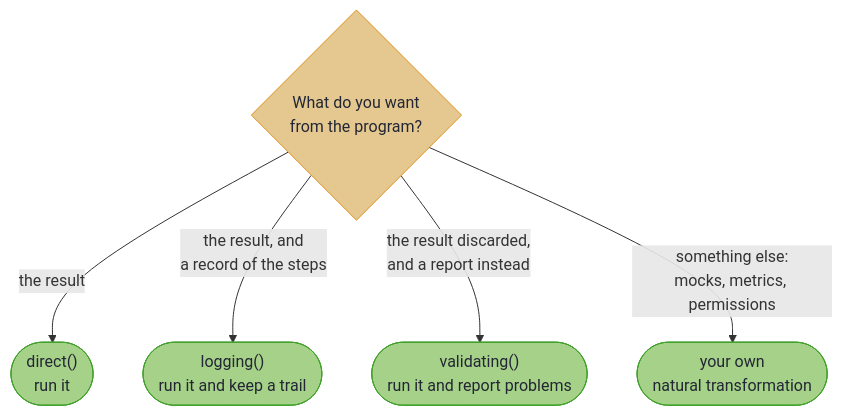
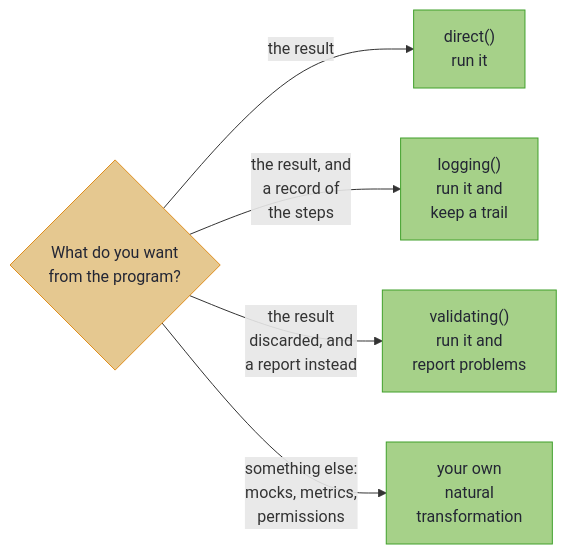
Before and after one commit to higher-kinded-j/higher-kinded-j.github.io: the fourth of 4 diagrams in latest/optics/decision_trees.md, drawn with Mermaid. The commit also changed other lines of this file and 55 other files, not shown here.

````diff
--- a/latest/optics/decision_trees.md
+++ b/latest/optics/decision_trees.md
@@ -116,15 +124,15 @@
 ```mermaid
-flowchart TD
+flowchart LR
     accTitle: Which interpreter to run a program with
     accDescr: For the result, run it with direct. For the result and a record of the steps, run it with logging. For a report of problems instead of the result, run it with validating. For anything else, such as mocks, metrics or permissions, write your own natural transformation.
     Q{"What do you want<br/>from the program?"}
-    Q -->|"the result"| D(["direct()<br/>run it"])
-    Q -->|"the result, and<br/>a record of the steps"| L(["logging()<br/>run it and keep a trail"])
-    Q -->|"the result discarded,<br/>and a report instead"| V(["validating()<br/>run it and report problems"])
-    Q -->|"something else:<br/>mocks, metrics, permissions"| O(["your own<br/>natural transformation"])
+    Q -->|"the result"| D["direct()<br/>run it"]
+    Q -->|"the result, and<br/>a record of<br/>the steps"| L["logging()<br/>run it and<br/>keep a trail"]
+    Q -->|"the result<br/>discarded, and<br/>a report instead"| V["validating()<br/>run it and<br/>report problems"]
+    Q -->|"something else:<br/>mocks, metrics,<br/>permissions"| O["your own<br/>natural<br/>transformation"]
 
     classDef decision fill:#e5c890,stroke:#df8e1d,color:#232634
     classDef tier fill:#a6d189,stroke:#40a02b,color:#232634
     class Q decision
     class D,L,V,O tier
 ```
````
